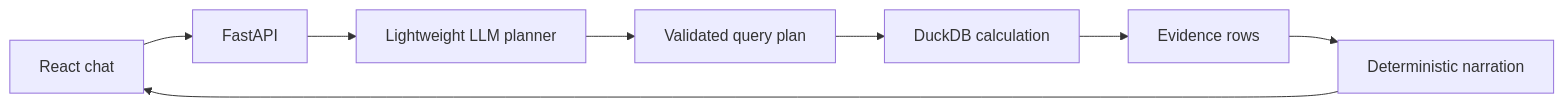
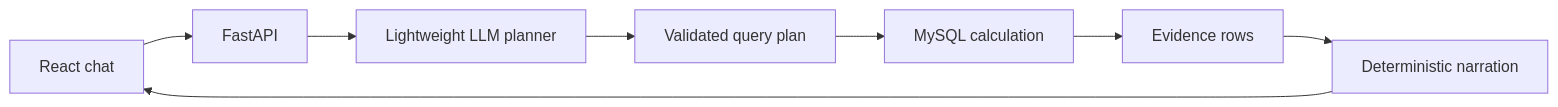
Before and after one commit to MenigStar91/tbx-ai-assistant: the diagram in README.md, drawn with Mermaid. The commit also changed other lines of this file, not shown here.

Commit message:
Move runtime analytics to introspected MySQL: README.md

````diff
--- a/README.md
+++ b/README.md
@@ -52,10 +53,10 @@
 ```mermaid
 flowchart LR
     A[React chat] --> B[FastAPI]
     B --> C[Lightweight LLM planner]
     C --> D[Validated query plan]
-    D --> E[DuckDB calculation]
+    D --> E[MySQL calculation]
     E --> F[Evidence rows]
     F --> G[Deterministic narration]
     G --> A
 ```
````
